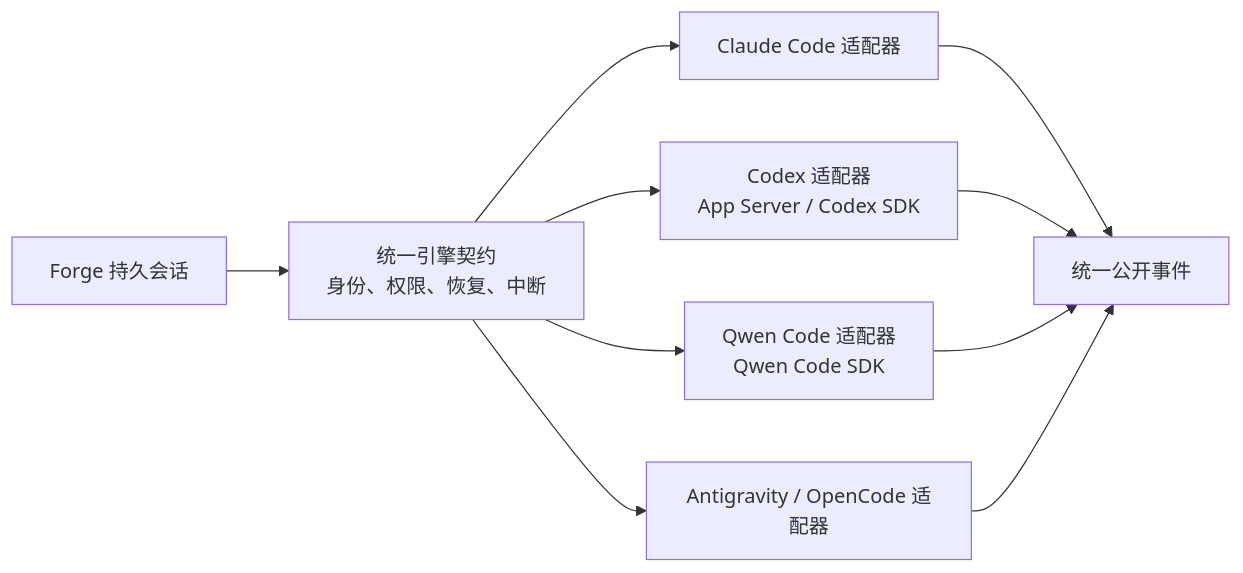
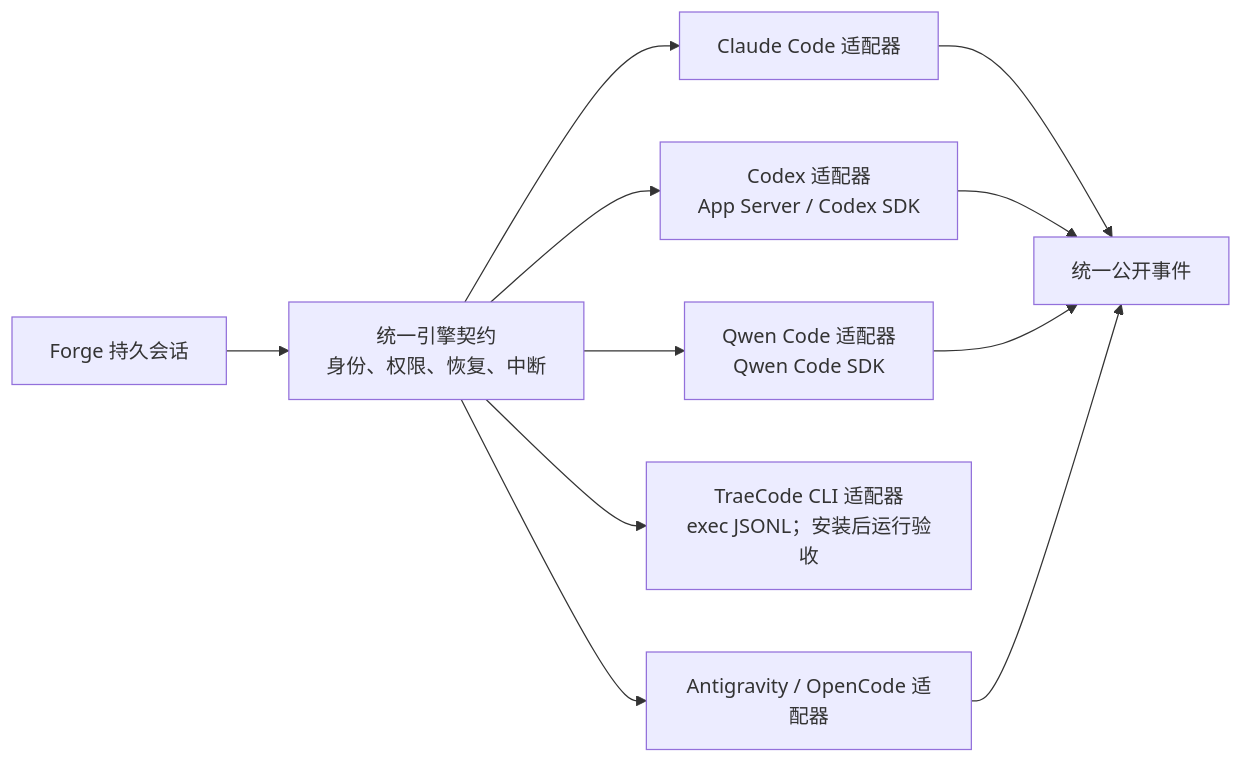
The fourth of 6 diagrams in docs/ai-coding-architecture.md (exception-coder/kai-toolbox), drawn with Mermaid before and after one commit. The commit also changed other lines of this file and 23 other files, not shown here.

First line of the commit message:
feat(vibe-coding): 接入 TraeCode CLI 2.0 引擎

````diff
--- a/docs/ai-coding-architecture.md
+++ b/docs/ai-coding-architecture.md
@@ -214,12 +214,13 @@
 ```mermaid
 flowchart LR
     SESSION["Forge 持久会话"] --> CONTRACT["统一引擎契约<br/>身份、权限、恢复、中断"]
     CONTRACT --> CLAUDE["Claude Code 适配器"]
     CONTRACT --> CODEX["Codex 适配器<br/>App Server / Codex SDK"]
     CONTRACT --> QWEN["Qwen Code 适配器<br/>Qwen Code SDK"]
+    CONTRACT --> TRAE["TraeCode CLI 适配器<br/>exec JSONL；安装后运行验收"]
     CONTRACT --> OTHER["Antigravity / OpenCode 适配器"]
     CLAUDE --> EVENTS["统一公开事件"]
     CODEX --> EVENTS
     QWEN --> EVENTS
     OTHER --> EVENTS
 ```
````
